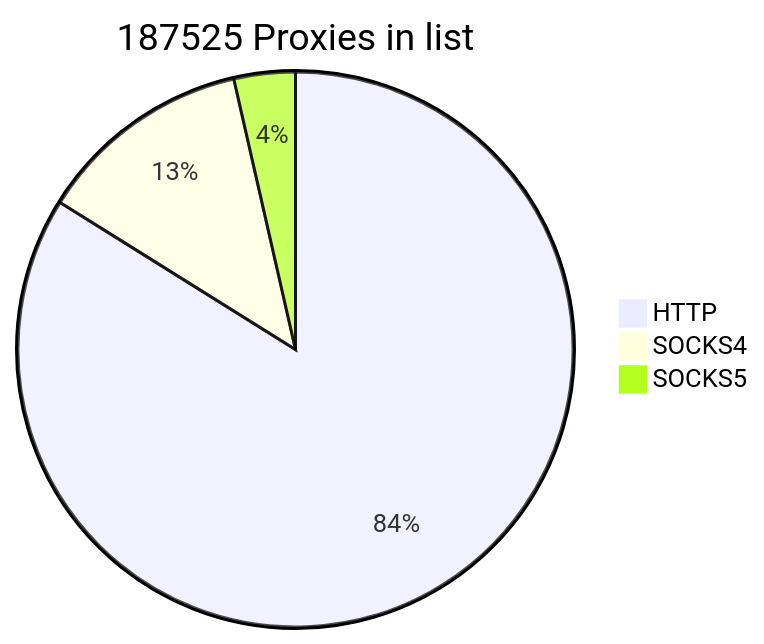
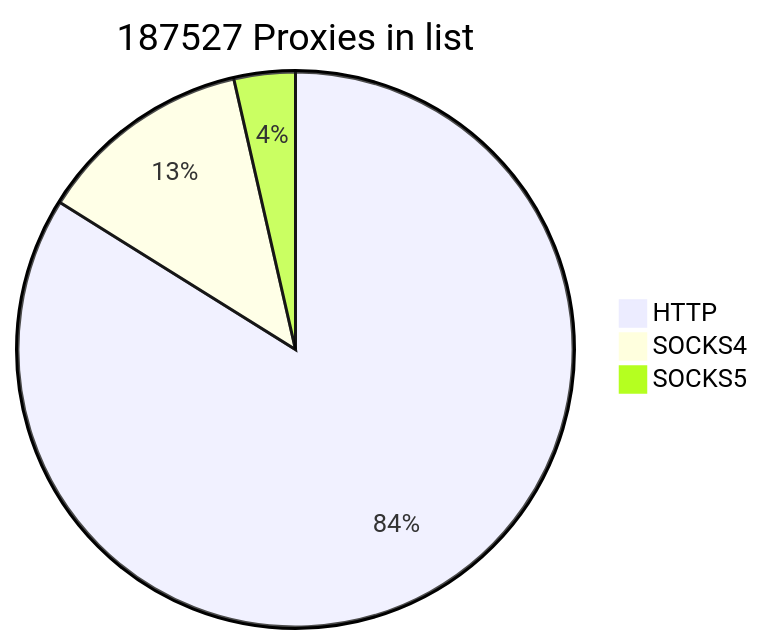
The first of 2 diagrams in README.md (cutipu/proxylist), drawn with Mermaid before and after one commit. The commit also changed other lines of this file, not shown here.

````diff
--- a/README.md
+++ b/README.md
@@ -2,7 +2,7 @@
 ```mermaid
-pie title 187525 Proxies in list
+pie title 187527 Proxies in list
     "HTTP" : 157307
-    "SOCKS4" : 23526
-    "SOCKS5" : 6692
+    "SOCKS4" : 23527
+    "SOCKS5" : 6693
             
 ```
````
